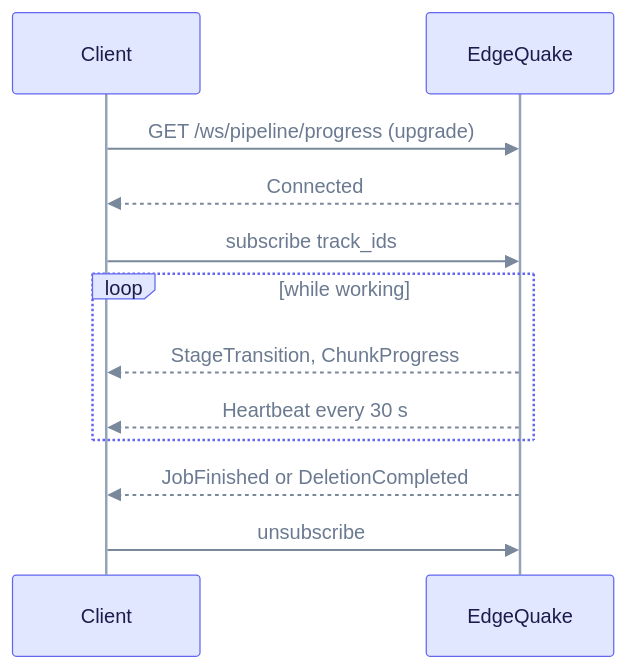
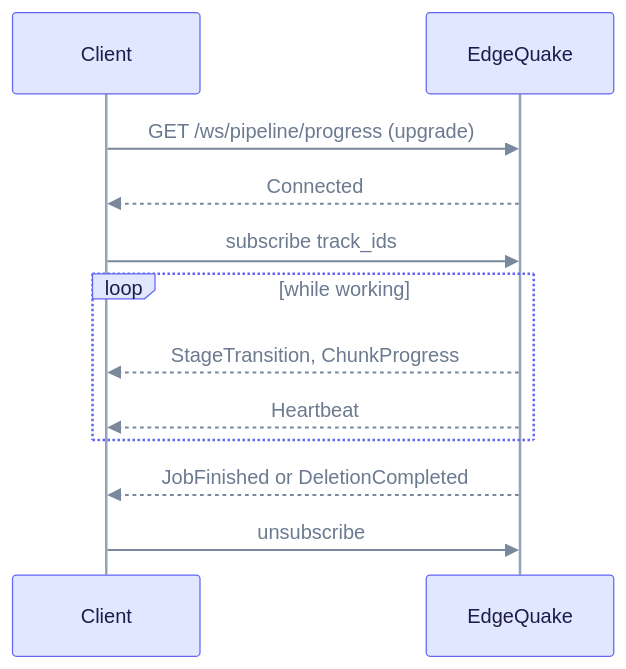
The third of 3 diagrams in docs/api-reference/extended-api.md (raphaelmansuy/edgequake), drawn with Mermaid before and after one commit. The commit also changed other lines of this file and 194 other files, not shown here.

First line of the commit message:
Refresh docs against code and rebuild schema E/R as progressive steps

````diff
--- a/docs/api-reference/extended-api.md
+++ b/docs/api-reference/extended-api.md
@@ -121,16 +125,16 @@
 ```mermaid
 %%{init: {"theme":"base","themeVariables":{"primaryColor":"#E0E7FF","primaryBorderColor":"#6366F1","primaryTextColor":"#1E1B4B","secondaryColor":"#D1FAE5","secondaryBorderColor":"#10B981","secondaryTextColor":"#064E3B","tertiaryColor":"#FEF3C7","tertiaryBorderColor":"#F59E0B","tertiaryTextColor":"#6B7A90","lineColor":"#7A889C","clusterBkg":"rgba(99,102,241,0.07)","clusterBorder":"#A5B4FC","noteBkgColor":"#FEF9C3","noteTextColor":"#422006","textColor":"#6B7A90","titleColor":"#6B7A90","signalColor":"#7A889C","signalTextColor":"#6B7A90","loopTextColor":"#6B7A90","edgeLabelBackground":"#F1F5F9","actorLineColor":"#94A3B8"}}}%%
 %% eq-theme:v1
 sequenceDiagram
     participant C as Client
     participant S as EdgeQuake
     C->>S: GET /ws/pipeline/progress (upgrade)
     S-->>C: Connected
     C->>S: subscribe track_ids
     loop while working
         S-->>C: StageTransition, ChunkProgress
-        S-->>C: Heartbeat every 30 s
+        S-->>C: Heartbeat
     end
     S-->>C: JobFinished or DeletionCompleted
     C->>S: unsubscribe
 ```
````
